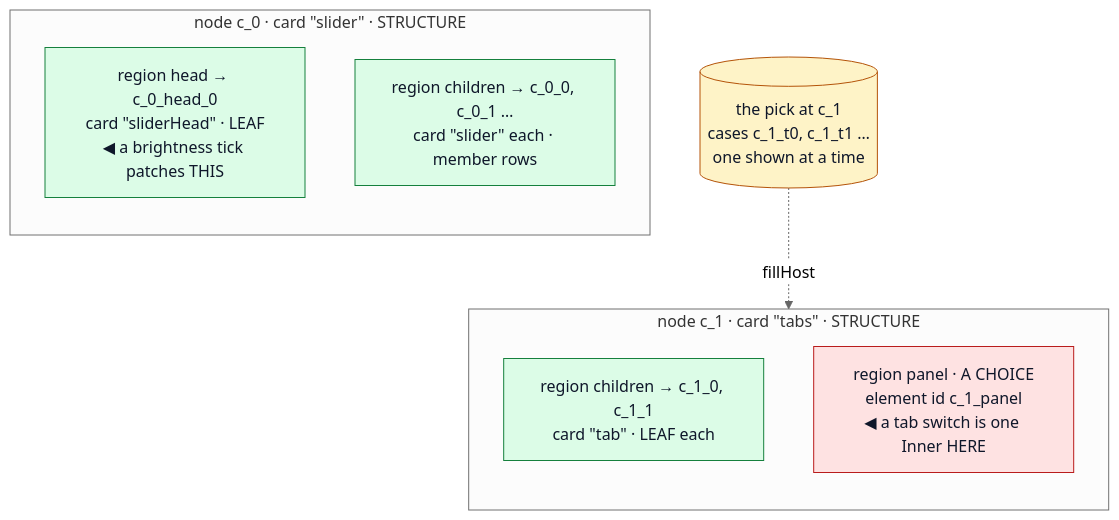
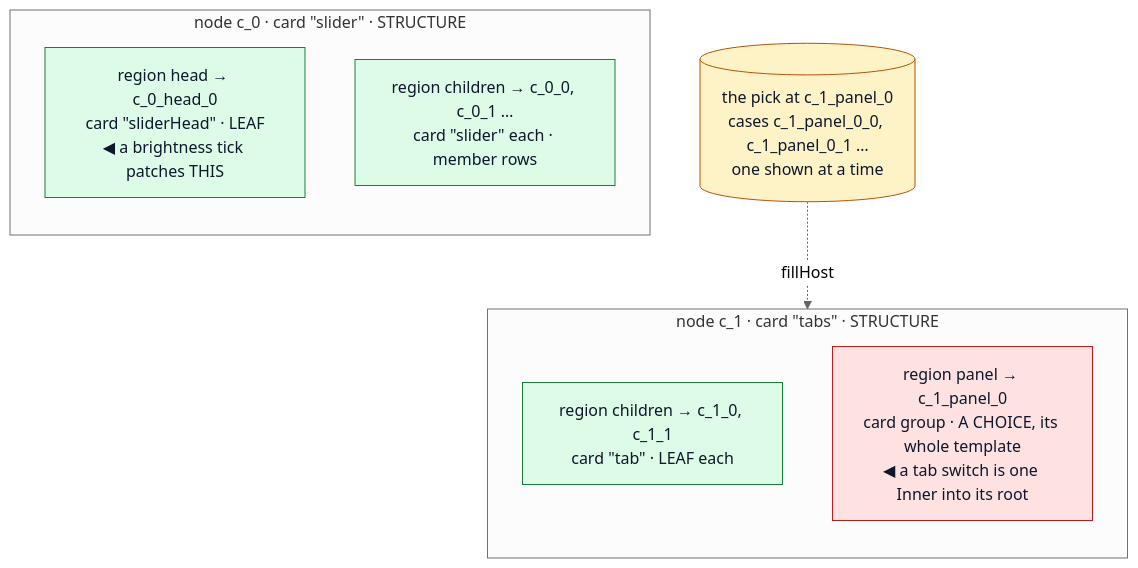
One commit to perok/functional-home-assistant changed the fifth of 6 diagrams in docs/architecture-rendering-pipeline.md. Above: the diagram before and after it, drawn with Mermaid (neutral theme). The commit also changed other lines of this file and 74 other files, not shown here.

First line of the commit message:
Regions R4c: a choice is hosted at its card's root; its cases are nodes (#724)

````diff
--- a/docs/architecture-rendering-pipeline.md
+++ b/docs/architecture-rendering-pipeline.md
@@ -766,24 +766,24 @@
 ```mermaid
 flowchart TB
   subgraph SL["node c_0 · card &quot;slider&quot; · STRUCTURE"]
     direction TB
     SH["region head → c_0_head_0<br/>card &quot;sliderHead&quot; · LEAF<br/>◀ a brightness tick patches THIS"]
     SM["region children → c_0_0, c_0_1 …<br/>card &quot;slider&quot; each · member rows"]
   end
 
   subgraph TB2["node c_1 · card &quot;tabs&quot; · STRUCTURE"]
     direction TB
     BAR["region children → c_1_0, c_1_1<br/>card &quot;tab&quot; · LEAF each"]
-    PANEL["region panel · A CHOICE<br/>element id c_1_panel<br/>◀ a tab switch is one Inner HERE"]
+    PANEL["region panel → c_1_panel_0<br/>card group · A CHOICE, its whole template<br/>◀ a tab switch is one Inner into its root"]
   end
 
-  SURF[("the pick at c_1<br/>cases c_1_t0, c_1_t1 …<br/>one shown at a time")]
+  SURF[("the pick at c_1_panel_0<br/>cases c_1_panel_0_0, c_1_panel_0_1 …<br/>one shown at a time")]
   SURF -.->|fillHost| PANEL
 
   classDef struct fill:#fee2e2,stroke:#b91c1c,color:#0f172a
   classDef leaf fill:#dcfce7,stroke:#15803d,color:#0f172a
   classDef store fill:#fef3c7,stroke:#b45309,color:#0f172a
   class SH,SM,BAR leaf
   class PANEL struct
   class SURF store
 ```
````
